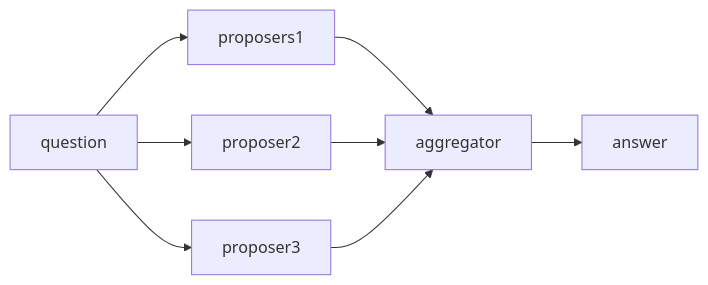
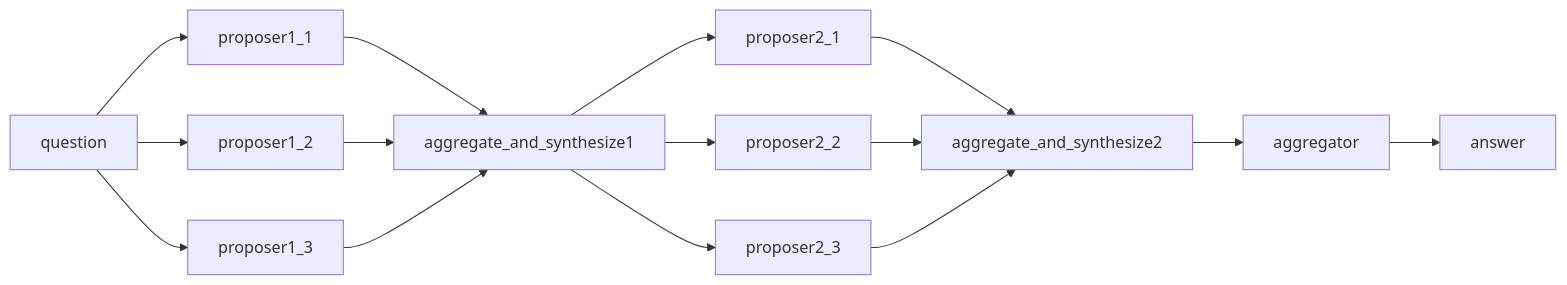
One commit to sad-zero/MoA changed the diagram in Mesop_Langgraph/README.md. Above: the diagram before and after it, drawn with Mermaid. The commit also changed other lines of this file and 2 other files, not shown here.

````diff
--- a/Mesop_Langgraph/README.md
+++ b/Mesop_Langgraph/README.md
@@ -18,4 +23,4 @@
 ```mermaid
 flowchart LR
-    question --> proposers1 & proposer2 & proposer3 --> aggregator --> answer
+    question --> proposer1_1 & proposer1_2 & proposer1_3 --> aggregate_and_synthesize1 --> proposer2_1 & proposer2_2 & proposer2_3 --> aggregate_and_synthesize2 --> aggregator --> answer
 ```
````
